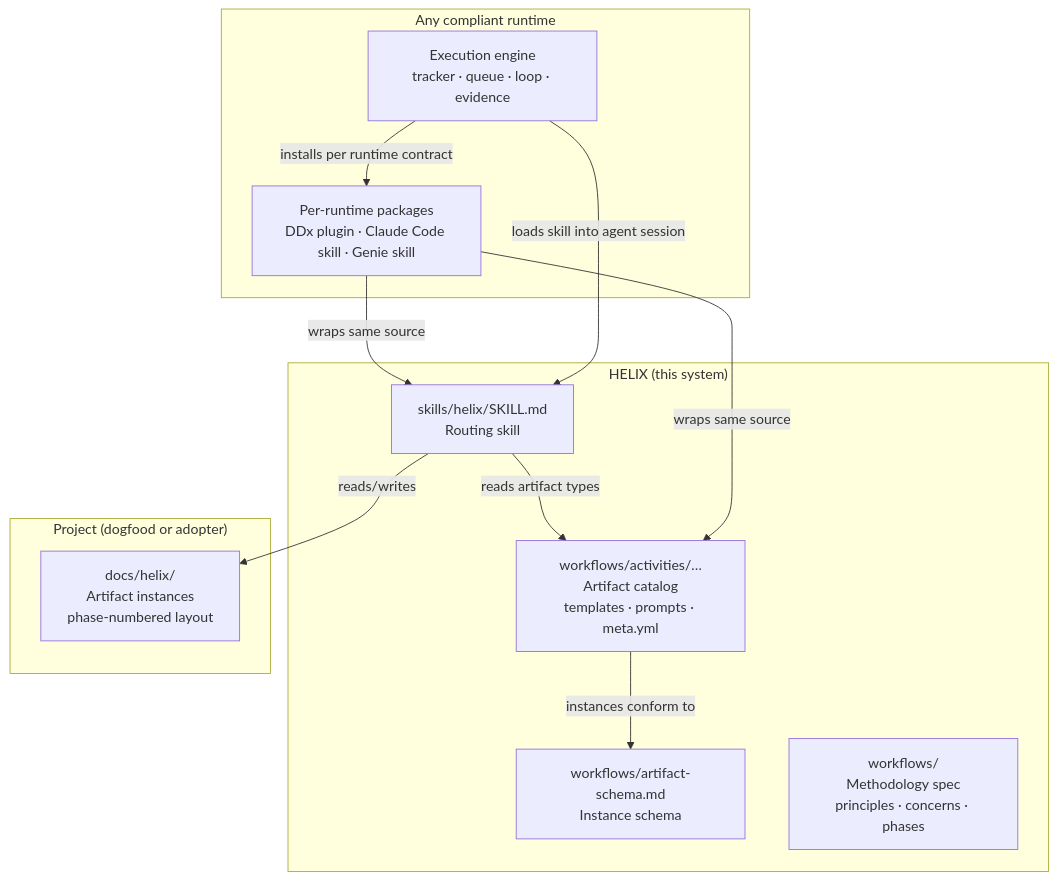
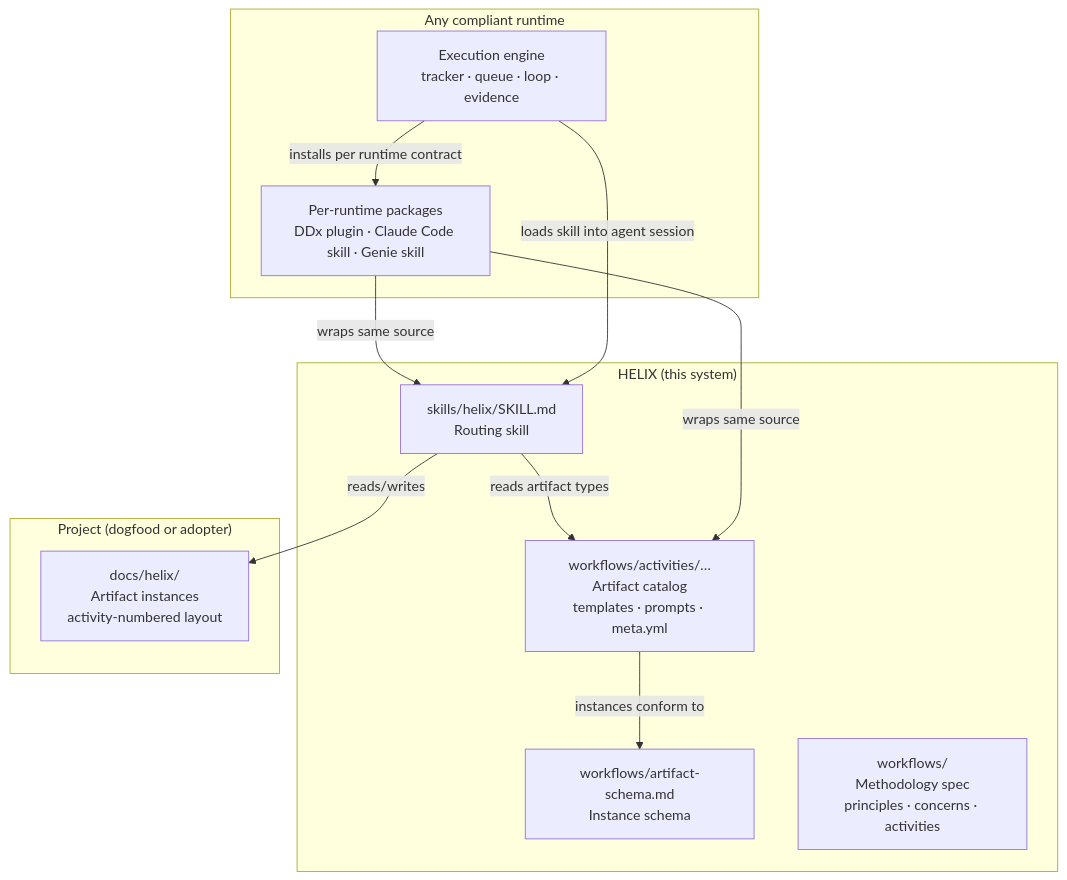
The second of 2 diagrams in docs/helix/02-design/architecture.md (easel/helix), drawn with Mermaid before and after one commit. The commit also changed other lines of this file and 58 other files, not shown here.

First line of the commit message:
docs+skills: rename phase → activity in instance docs and skills

````diff
--- a/docs/helix/02-design/architecture.md
+++ b/docs/helix/02-design/architecture.md
@@ -59,26 +59,26 @@
 ```mermaid
 graph TB
     subgraph helix["HELIX (this system)"]
         skill["skills/helix/SKILL.md<br/>Routing skill"]
         catalog["workflows/activities/…<br/>Artifact catalog<br/>templates · prompts · meta.yml"]
         schema["workflows/artifact-schema.md<br/>Instance schema"]
-        wfdocs["workflows/<br/>Methodology spec<br/>principles · concerns · phases"]
+        wfdocs["workflows/<br/>Methodology spec<br/>principles · concerns · activities"]
     end
 
     subgraph project["Project (dogfood or adopter)"]
-        instances["docs/helix/<br/>Artifact instances<br/>phase-numbered layout"]
+        instances["docs/helix/<br/>Artifact instances<br/>activity-numbered layout"]
     end
 
     subgraph runtime["Any compliant runtime"]
         engine["Execution engine<br/>tracker · queue · loop · evidence"]
         packages["Per-runtime packages<br/>DDx plugin · Claude Code skill · Genie skill"]
     end
 
     skill -->|"reads artifact types"| catalog
     skill -->|"reads/writes"| instances
     catalog -->|"instances conform to"| schema
     packages -->|"wraps same source"| skill
     packages -->|"wraps same source"| catalog
     engine -->|"loads skill into agent session"| skill
     engine -->|"installs per runtime contract"| packages
 ```
````
